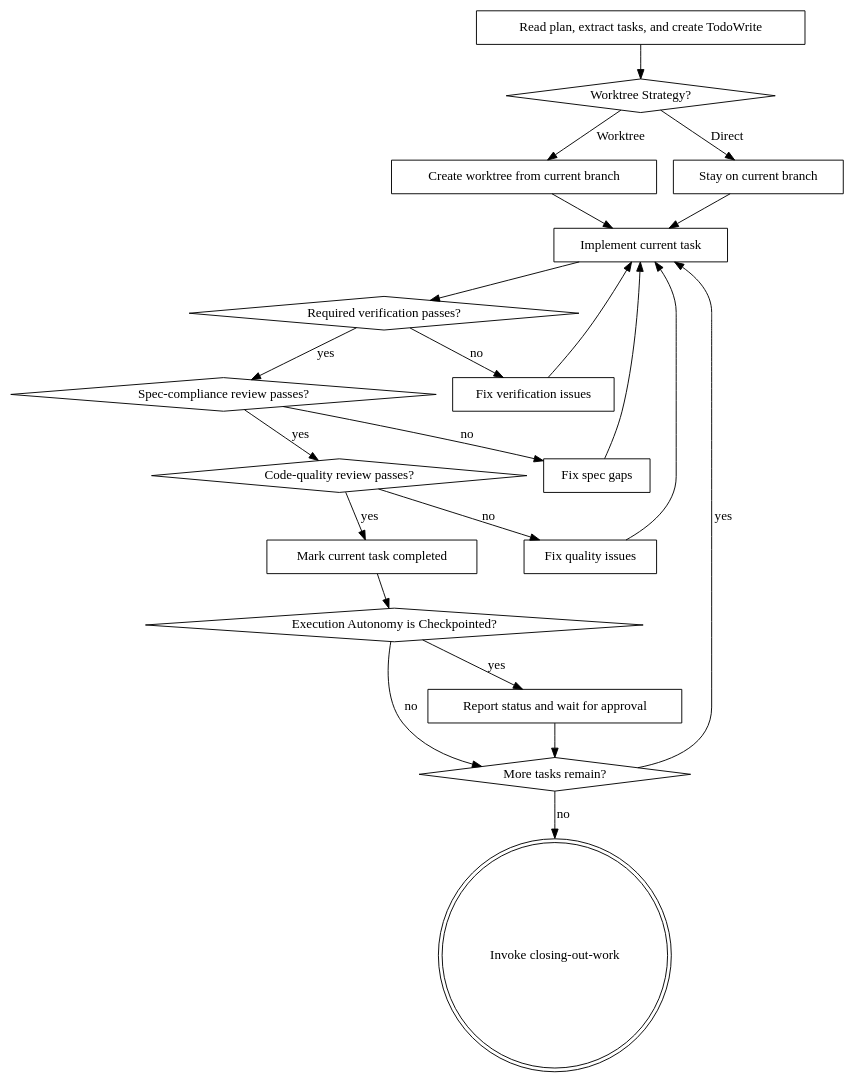
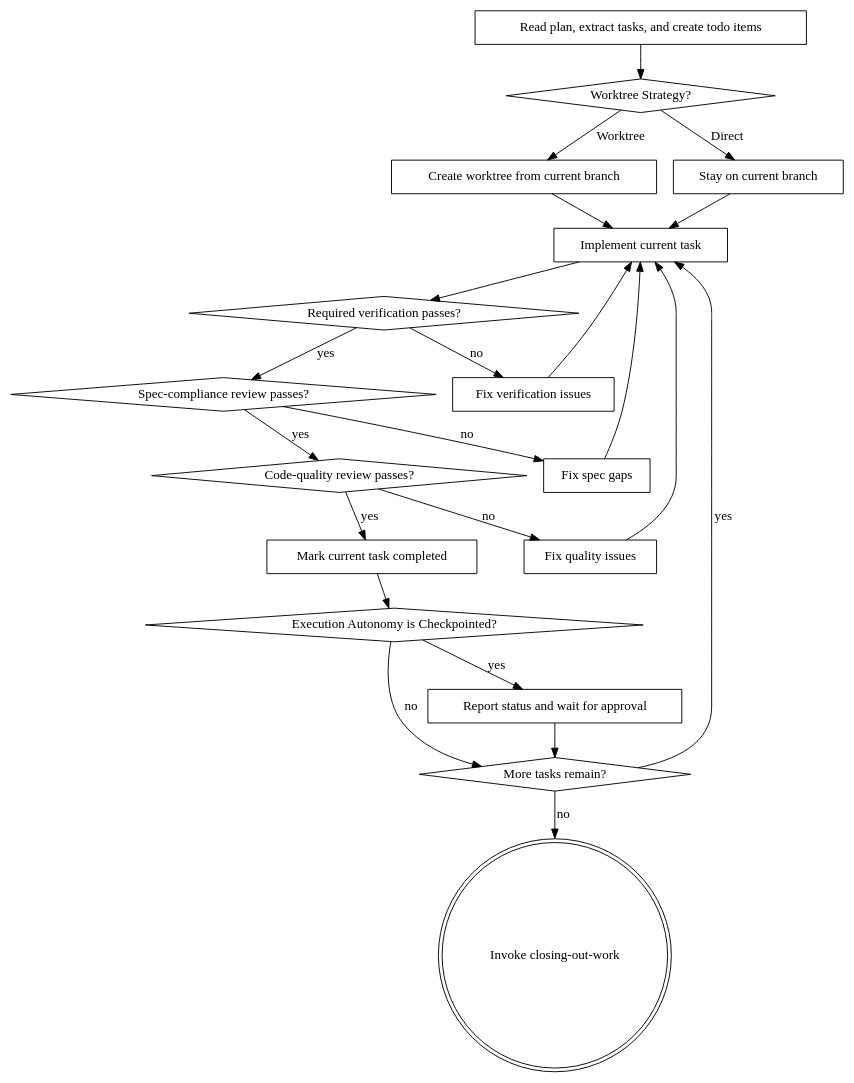
One commit to clashmar/know-how changed the diagram in skills/executing-plans/SKILL.md. Above: the diagram before and after it, drawn with Graphviz. The commit also changed other lines of this file and 9 other files, not shown here.

````diff
--- a/skills/executing-plans/SKILL.md
+++ b/skills/executing-plans/SKILL.md
@@ -36,42 +36,42 @@
 ```dot
  digraph execution {
-     "Read plan, extract tasks, and create TodoWrite" [shape=box];
+     "Read plan, extract tasks, and create todo items" [shape=box];
      "Worktree Strategy?" [shape=diamond];
      "Create worktree from current branch" [shape=box];
      "Stay on current branch" [shape=box];
      "Implement current task" [shape=box];
      "Required verification passes?" [shape=diamond];
      "Fix verification issues" [shape=box];
      "Spec-compliance review passes?" [shape=diamond];
      "Fix spec gaps" [shape=box];
      "Code-quality review passes?" [shape=diamond];
      "Fix quality issues" [shape=box];
      "Mark current task completed" [shape=box];
      "Execution Autonomy is Checkpointed?" [shape=diamond];
      "Report status and wait for approval" [shape=box];
      "More tasks remain?" [shape=diamond];
      "Invoke closing-out-work" [shape=doublecircle];
 
-     "Read plan, extract tasks, and create TodoWrite" -> "Worktree Strategy?";
+     "Read plan, extract tasks, and create todo items" -> "Worktree Strategy?";
      "Worktree Strategy?" -> "Create worktree from current branch" [label="Worktree"];
      "Worktree Strategy?" -> "Stay on current branch" [label="Direct"];
      "Create worktree from current branch" -> "Implement current task";
      "Stay on current branch" -> "Implement current task";
      "Implement current task" -> "Required verification passes?";
      "Required verification passes?" -> "Fix verification issues" [label="no"];
      "Fix verification issues" -> "Implement current task";
      "Required verification passes?" -> "Spec-compliance review passes?" [label="yes"];
      "Spec-compliance review passes?" -> "Fix spec gaps" [label="no"];
      "Fix spec gaps" -> "Implement current task";
      "Spec-compliance review passes?" -> "Code-quality review passes?" [label="yes"];
      "Code-quality review passes?" -> "Fix quality issues" [label="no"];
      "Fix quality issues" -> "Implement current task";
      "Code-quality review passes?" -> "Mark current task completed" [label="yes"];
      "Mark current task completed" -> "Execution Autonomy is Checkpointed?";
      "Execution Autonomy is Checkpointed?" -> "Report status and wait for approval" [label="yes"];
      "Execution Autonomy is Checkpointed?" -> "More tasks remain?" [label="no"];
      "Report status and wait for approval" -> "More tasks remain?";
      "More tasks remain?" -> "Implement current task" [label="yes"];
      "More tasks remain?" -> "Invoke closing-out-work" [label="no"];
  }
 ```
````
